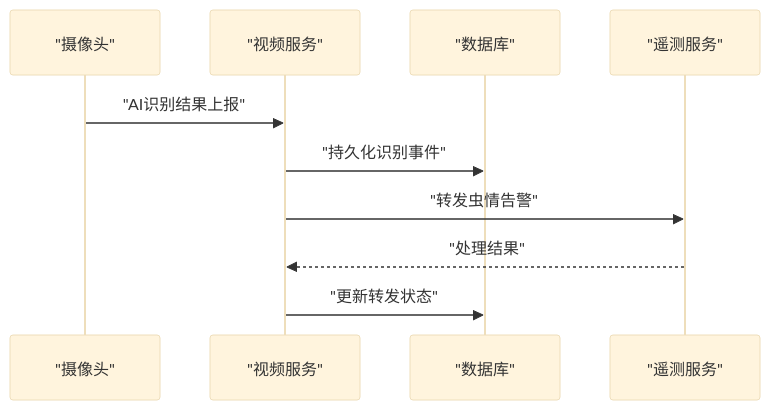
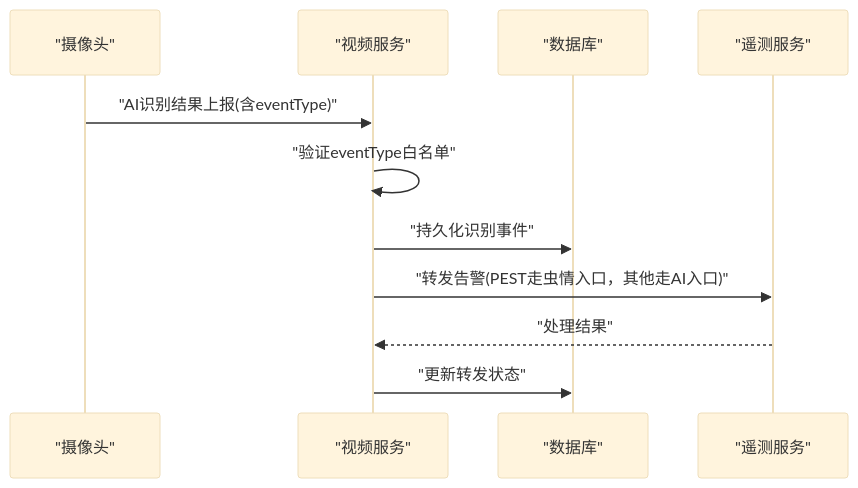
One commit to q446328246/agri-platform changed diagram 30 of 37 in .qoder/repowiki/zh/content/核心服务文档/其他业务服务.md. Above: the diagram before and after it, drawn with Mermaid (base theme). The commit also changed other lines of this file and 15 other files, not shown here.

````diff
--- a/.qoder/repowiki/zh/content/核心服务文档/其他业务服务.md
+++ b/.qoder/repowiki/zh/content/核心服务文档/其他业务服务.md
@@ -755,12 +814,13 @@
 ```mermaid
 sequenceDiagram
 participant CAM as "摄像头"
 participant VID as "视频服务"
 participant DB as "数据库"
 participant TEL as "遥测服务"
-CAM->>VID : "AI识别结果上报"
+CAM->>VID : "AI识别结果上报(含eventType)"
+VID->>VID : "验证eventType白名单"
 VID->>DB : "持久化识别事件"
-VID->>TEL : "转发虫情告警"
+VID->>TEL : "转发告警(PEST走虫情入口，其他走AI入口)"
 TEL-->>VID : "处理结果"
 VID->>DB : "更新转发状态"
 ```
````
